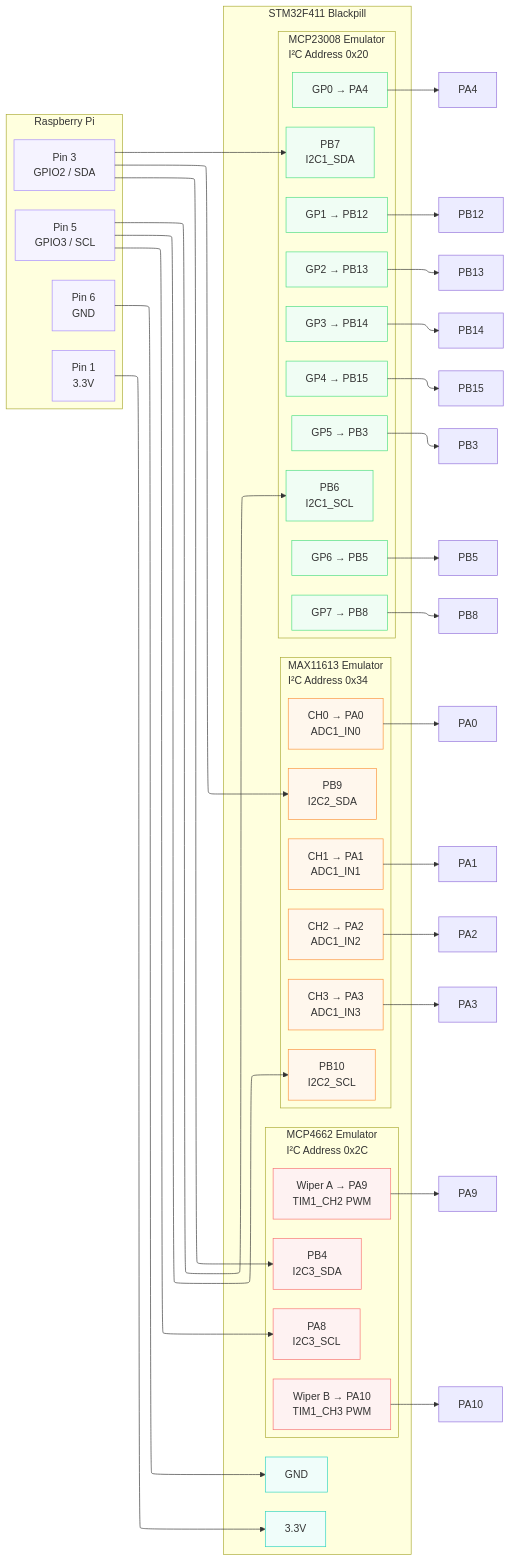
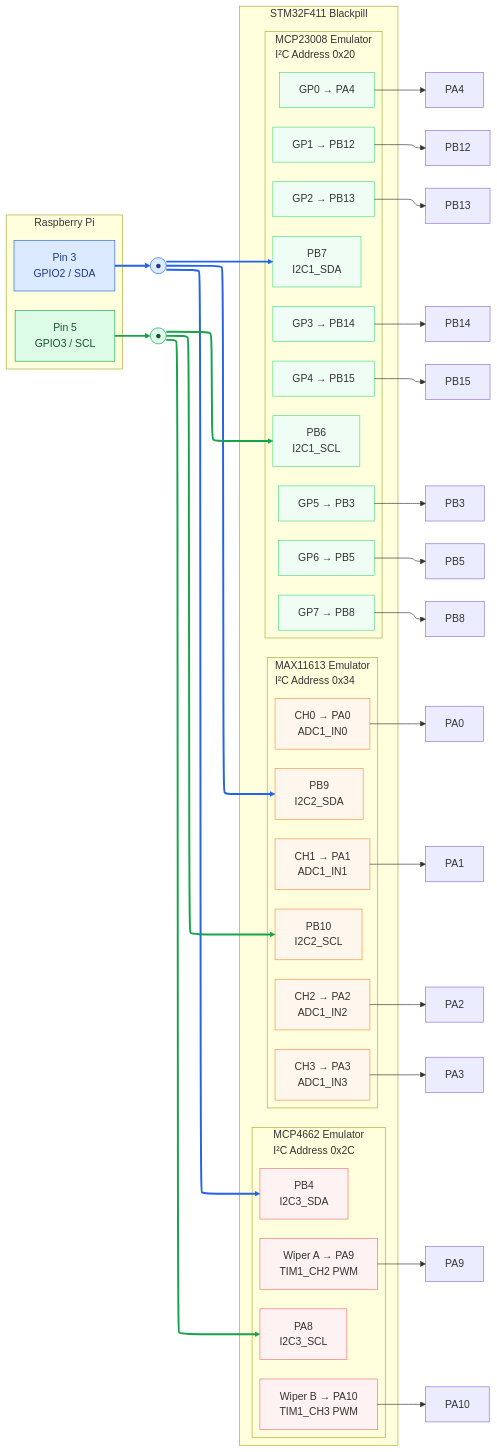
The diagram in diagram.md (SQ5BAR/STM32-Radioberry-I2C-Expansion-Emulator), drawn with Mermaid before and after one commit. The commit also changed other lines of this file, not shown here.

````diff
--- a/diagram.md
+++ b/diagram.md
@@ -8,28 +6,27 @@
     classDef green stroke:#4ade80,fill:#f0fdf4;
     classDef orange stroke:#fb923c,fill:#fff7ed;
     classDef red stroke:#f87171,fill:#fef2f2;
-    classDef teal stroke:#2dd4bf,fill:#f0fdfa;
+    classDef sda stroke:#2563eb,fill:#dbeafe,color:#1e3a8a;
+    classDef scl stroke:#16a34a,fill:#dcfce7,color:#14532d;
 
     %% Raspberry Pi
     subgraph R["Raspberry Pi"]
     direction TB
-        P1["Pin 1<br/>3.3V"]:::purple
-        P3["Pin 3<br/>GPIO2 / SDA"]:::purple
-        P5["Pin 5<br/>GPIO3 / SCL"]:::purple
-        P6["Pin 6<br/>GND"]:::purple
+        P3["Pin 3<br/>GPIO2 / SDA"]:::sda
+        P5["Pin 5<br/>GPIO3 / SCL"]:::scl
     end
+
+    %% Bus split points
+    SDA_DOT(("●")):::sda
+    SCL_DOT(("●")):::scl
 
     %% STM32F411 Blackpill
     subgraph B["STM32F411 Blackpill"]
     direction TB
 
-        VCC["3.3V"]:::teal
-        GND["GND"]:::teal
-
         %% MCP23008
         subgraph MCP["MCP23008 Emulator<br/>I²C Address 0x20"]
         direction TB
-
             MCP_SDA["PB7<br/>I2C1_SDA"]:::green
             MCP_SCL["PB6<br/>I2C1_SCL"]:::green
 
@@ -46,7 +43,6 @@
         %% MAX11613
         subgraph MAX["MAX11613 Emulator<br/>I²C Address 0x34"]
         direction TB
-
             MAX_SDA["PB9<br/>I2C2_SDA"]:::orange
             MAX_SCL["PB10<br/>I2C2_SCL"]:::orange
 
@@ -59,7 +55,6 @@
         %% MCP4662
         subgraph POT["MCP4662 Emulator<br/>I²C Address 0x2C"]
         direction TB
-
             POT_SDA["PB4<br/>I2C3_SDA"]:::red
             POT_SCL["PA8<br/>I2C3_SCL"]:::red
 
@@ -68,21 +63,19 @@
         end
     end
 
-    %% Power
-    P1 --> VCC
-    P6 --> GND
+    %% SDA bus
+    P3 --> SDA_DOT
+    SDA_DOT --> MCP_SDA
+    SDA_DOT --> MAX_SDA
+    SDA_DOT --> POT_SDA
 
-    %% SDA
-    P3 --> MCP_SDA
-    P3 --> MAX_SDA
-    P3 --> POT_SDA
+    %% SCL bus
+    P5 --> SCL_DOT
+    SCL_DOT --> MCP_SCL
+    SCL_DOT --> MAX_SCL
+    SCL_DOT --> POT_SCL
 
-    %% SCL
-    P5 --> MCP_SCL
-    P5 --> MAX_SCL
-    P5 --> POT_SCL
-
-    %% MCP23008 Outputs
+    %% MCP23008 outputs
     GP0 --> GP0_OUT["PA4"]
     GP1 --> GP1_OUT["PB12"]
     GP2 --> GP2_OUT["PB13"]
@@ -92,13 +85,25 @@
     GP6 --> GP6_OUT["PB5"]
     GP7 --> GP7_OUT["PB8"]
 
-    %% MAX11613 Inputs
+    %% MAX11613 analog inputs
     CH0 --> CH0_OUT["PA0"]
     CH1 --> CH1_OUT["PA1"]
     CH2 --> CH2_OUT["PA2"]
     CH3 --> CH3_OUT["PA3"]
 
-    %% MCP4662 Outputs
+    %% MCP4662 PWM outputs
     WA --> WA_OUT["PA9"]
     WB --> WB_OUT["PA10"]
+
+    %% SDA line color
+    linkStyle 0 stroke:#2563eb,stroke-width:3px;
+    linkStyle 1 stroke:#2563eb,stroke-width:3px;
+    linkStyle 2 stroke:#2563eb,stroke-width:3px;
+    linkStyle 3 stroke:#2563eb,stroke-width:3px;
+
+    %% SCL line color
+    linkStyle 4 stroke:#16a34a,stroke-width:3px;
+    linkStyle 5 stroke:#16a34a,stroke-width:3px;
+    linkStyle 6 stroke:#16a34a,stroke-width:3px;
+    linkStyle 7 stroke:#16a34a,stroke-width:3px;
 ```
````
